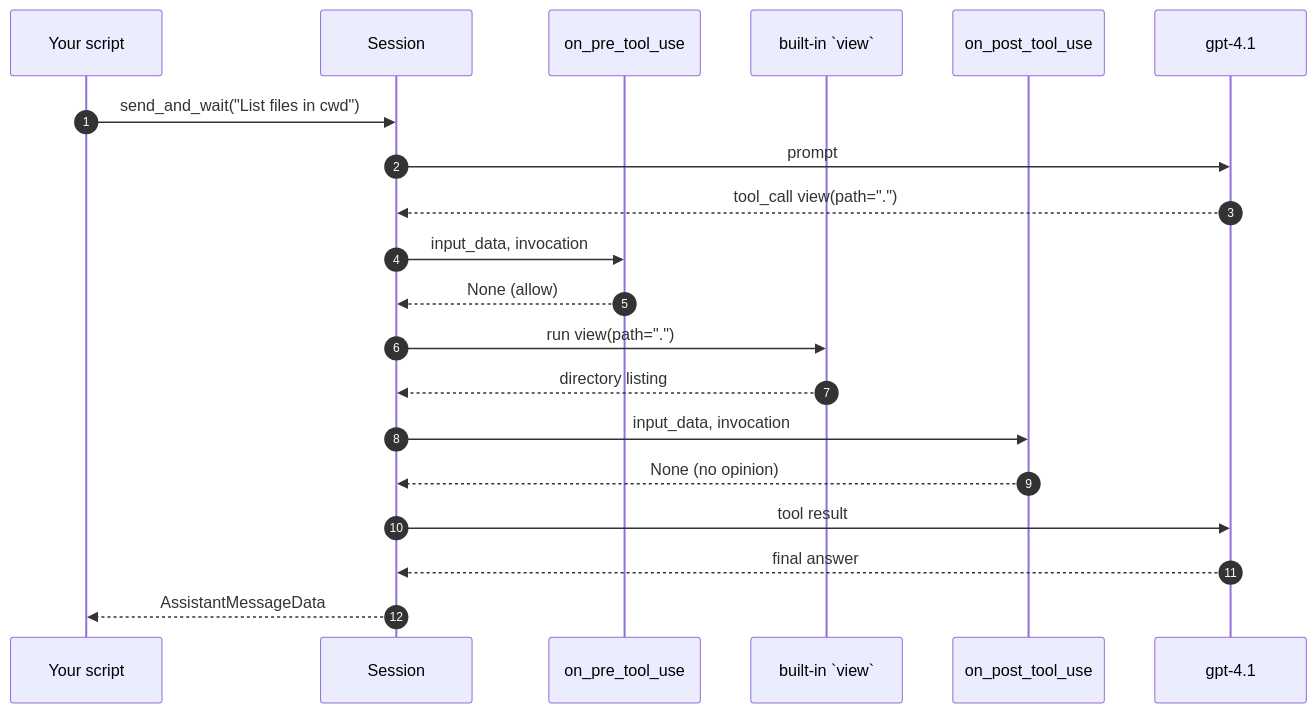
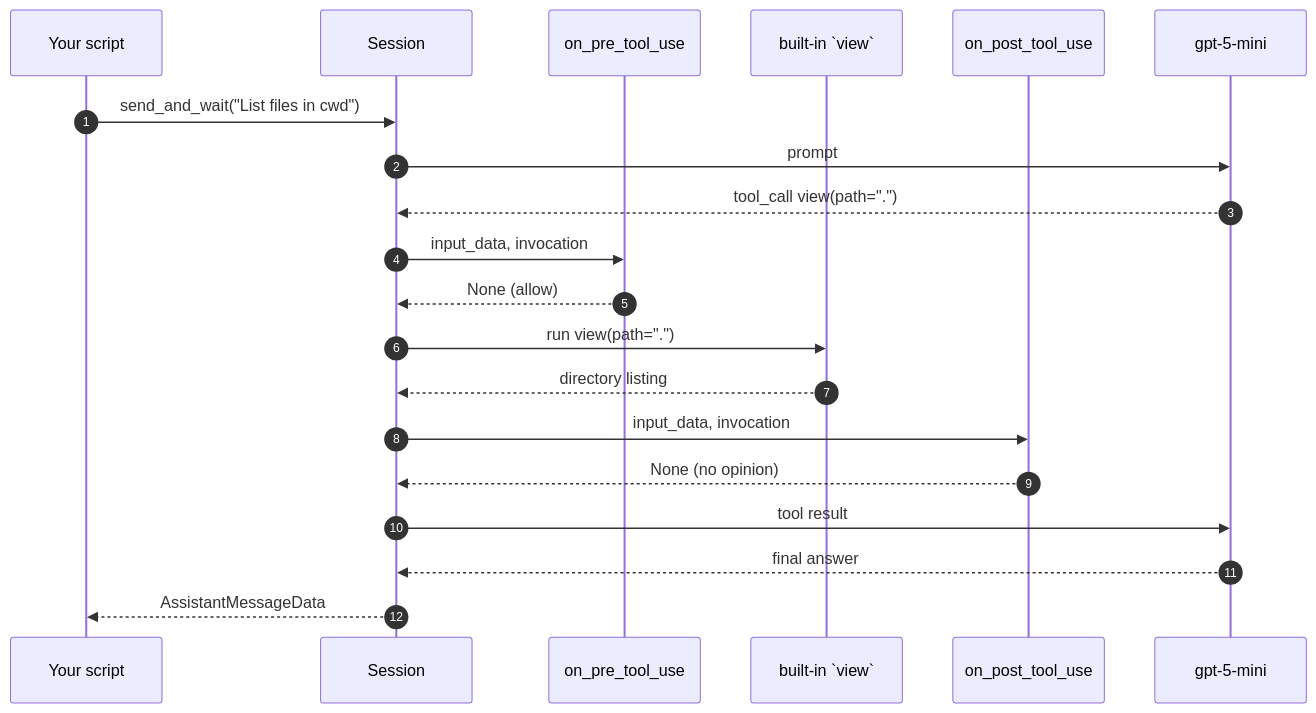
One commit to jeffrey-groneberg/ghcp_sdk changed the diagram in examples/04_hooks.md. Above: the diagram before and after it, drawn with Mermaid. The commit also changed other lines of this file and 19 other files, not shown here.

````diff
--- a/examples/04_hooks.md
+++ b/examples/04_hooks.md
@@ -19,23 +19,23 @@
 ```mermaid
 sequenceDiagram
     autonumber
     participant App as Your script
     participant Session
     participant Pre as on_pre_tool_use
     participant Tool as built-in `view`
     participant Post as on_post_tool_use
-    participant Model as gpt-4.1
+    participant Model as gpt-5-mini
 
     App->>Session: send_and_wait("List files in cwd")
     Session->>Model: prompt
     Model-->>Session: tool_call view(path=".")
     Session->>Pre: input_data, invocation
     Pre-->>Session: None  (allow)
     Session->>Tool: run view(path=".")
     Tool-->>Session: directory listing
     Session->>Post: input_data, invocation
     Post-->>Session: None  (no opinion)
     Session->>Model: tool result
     Model-->>Session: final answer
     Session-->>App: AssistantMessageData
 ```
````
